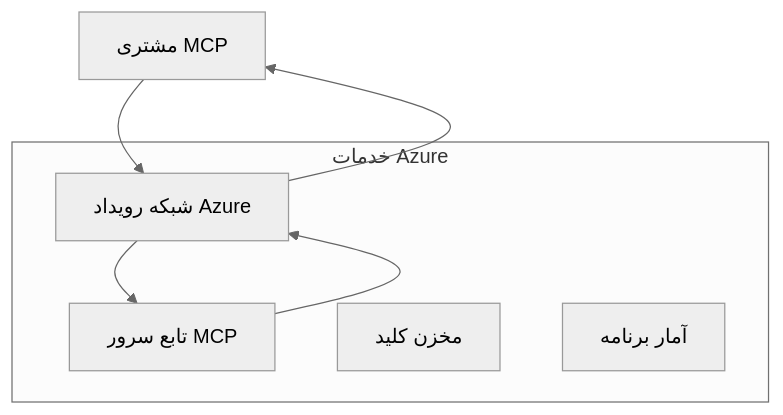
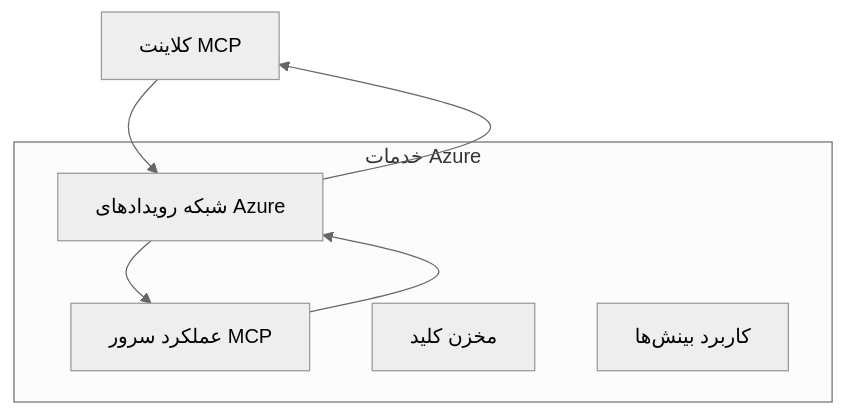
The first of 2 diagrams in mcp_ecosystem__model_context_protocol/mcp_learning_resources/mcp-for-beginners/translations/fa/05-AdvancedTopics/mcp-transport/README.md (HIDORAKAI002/ai-workspace-archive), drawn with Mermaid (neutral theme) before and after one commit. The commit also changed other lines of this file and 1046 other files, not shown here.

````diff
--- a/mcp_ecosystem__model_context_protocol/mcp_learning_resources/mcp-for-beginners/translations/fa/05-AdvancedTopics/mcp-transport/README.md
+++ b/mcp_ecosystem__model_context_protocol/mcp_learning_resources/mcp-for-beginners/translations/fa/05-AdvancedTopics/mcp-transport/README.md
@@ -58,14 +60,14 @@
 ```mermaid
 graph TB
-    Client[مشتری MCP] --> EG[شبکه رویداد Azure]
-    EG --> Server[تابع سرور MCP]
+    Client[کلاینت MCP] --> EG[شبکه رویدادهای Azure]
+    EG --> Server[عملکرد سرور MCP]
     Server --> EG
     EG --> Client
     
     subgraph "خدمات Azure"
         EG
         Server
         KV[مخزن کلید]
-        Monitor[آمار برنامه]
+        Monitor[کاربرد بینش‌ها]
     end
 ```
````
